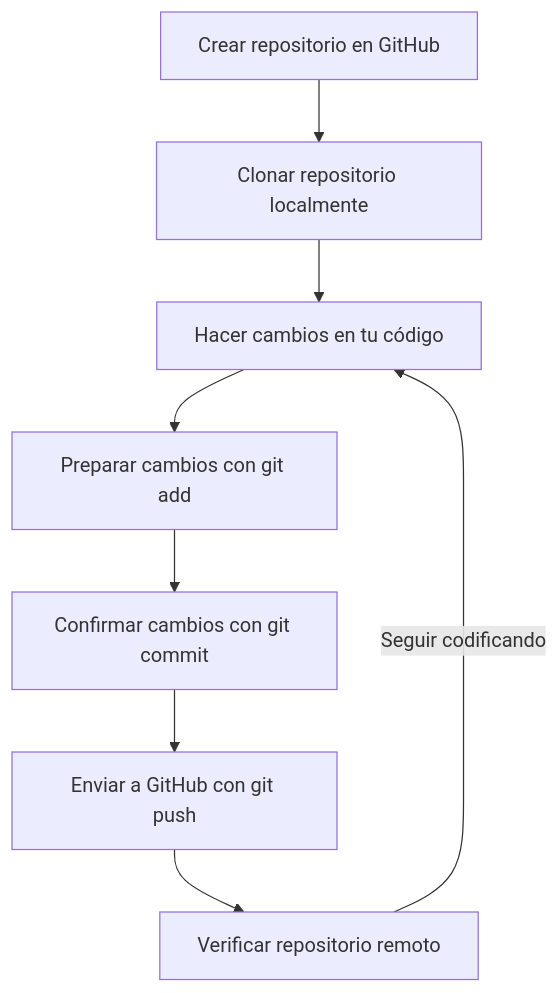
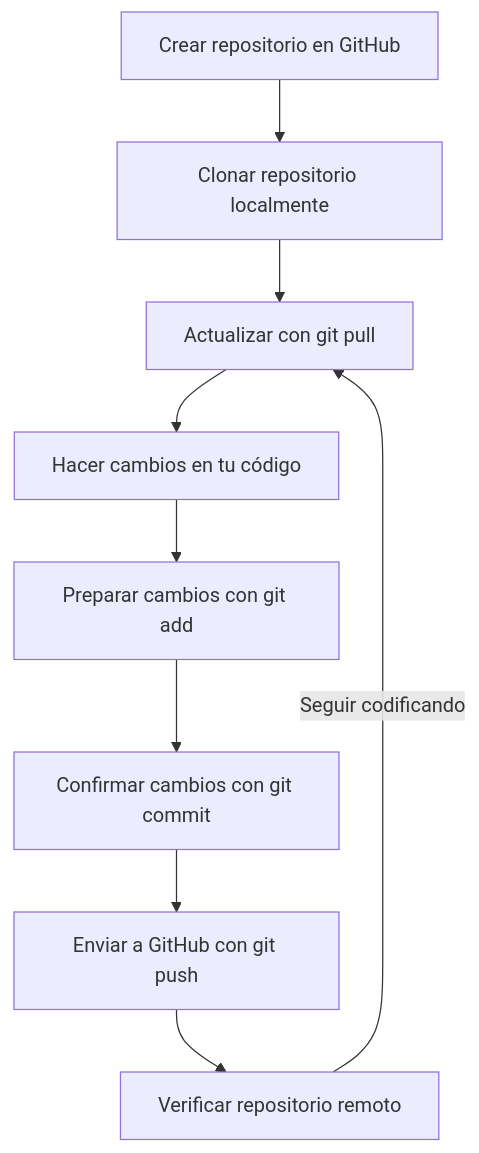
The diagram in git_basics/docs/lessons/commands.es.md (EnriqueVilchezL/git_workshop), drawn with Mermaid before and after one commit. The commit also changed 9 other files, not shown here.

````diff
--- a/git_basics/docs/lessons/commands.es.md
+++ b/git_basics/docs/lessons/commands.es.md
@@ -144,10 +144,11 @@
 ```mermaid
 graph TD
     A[Crear repositorio en GitHub] --> B[Clonar repositorio localmente];
-    B --> C[Hacer cambios en tu código];
-    C --> D[Preparar cambios con git add];
-    D --> E[Confirmar cambios con git commit];
-    E --> F[Enviar a GitHub con git push];
-    F --> G[Verificar repositorio remoto];
-    G --> |Seguir codificando| C;
+    B --> C[Actualizar con git pull];
+    C --> D[Hacer cambios en tu código];
+    D --> E[Preparar cambios con git add];
+    E --> F[Confirmar cambios con git commit];
+    F --> G[Enviar a GitHub con git push];
+    G --> H[Verificar repositorio remoto];
+    H --> |Seguir codificando| C;
 ```
````
